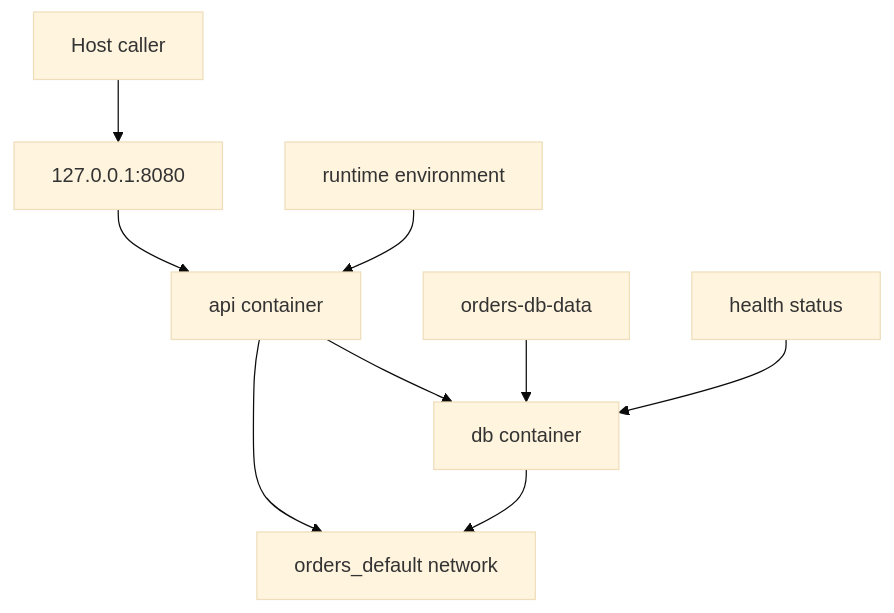
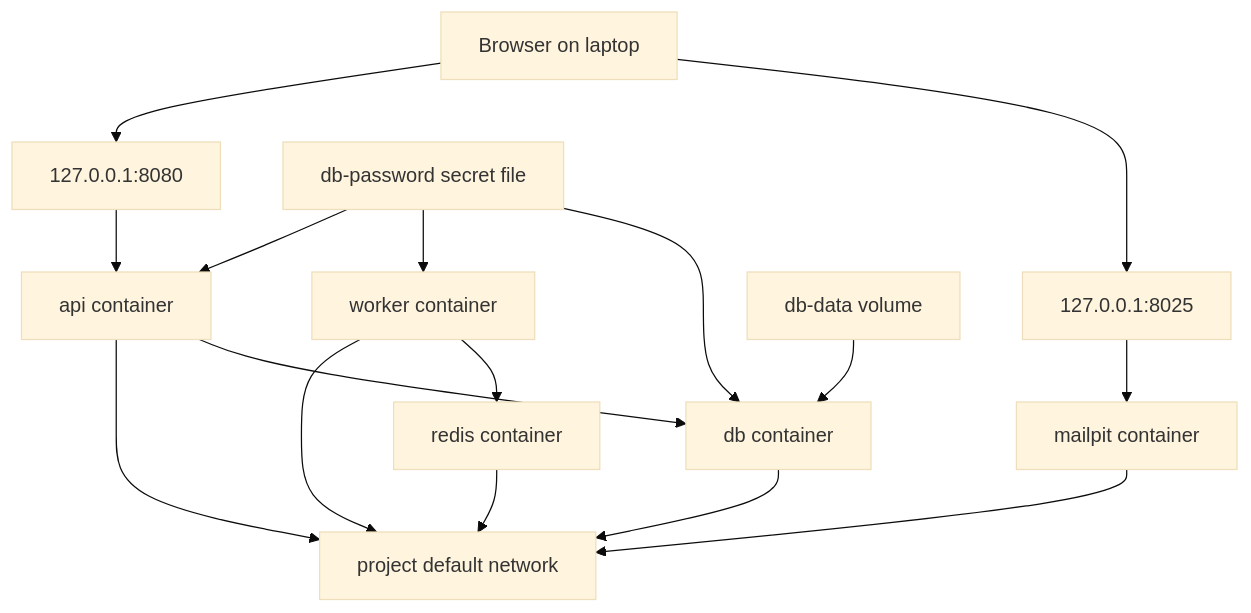
Before and after one commit to senlinyy/dev-roadmaps: the diagram in containers-orchestration/docker/compose/compose-services-networks-and-volumes.md, drawn with Mermaid (base theme). The commit also changed other lines of this file and 610 other files, not shown here.

````diff
--- a/containers-orchestration/docker/compose/compose-services-networks-and-volumes.md
+++ b/containers-orchestration/docker/compose/compose-services-networks-and-volumes.md
@@ -42,19 +35,28 @@
 ```mermaid
 flowchart TD
-    Host["Host caller"]
-    Port["127.0.0.1:8080"]
+    Browser["Browser on laptop"]
+    ApiPort["127.0.0.1:8080"]
+    MailPort["127.0.0.1:8025"]
     Api["api container"]
-    Network["orders_default network"]
+    Worker["worker container"]
     Db["db container"]
-    Volume["orders-db-data"]
-    Env["runtime environment"]
-    Health["health status"]
+    Redis["redis container"]
+    Mailpit["mailpit container"]
+    Network["project default network"]
+    Volume["db-data volume"]
+    Secret["db-password secret file"]
 
-    Host --> Port --> Api
+    Browser --> ApiPort --> Api
+    Browser --> MailPort --> Mailpit
     Api --> Network
+    Worker --> Network
     Db --> Network
+    Redis --> Network
+    Mailpit --> Network
     Api --> Db
+    Worker --> Redis
     Volume --> Db
-    Env --> Api
-    Health --> Db
+    Secret --> Api
+    Secret --> Worker
+    Secret --> Db
 ```
````
